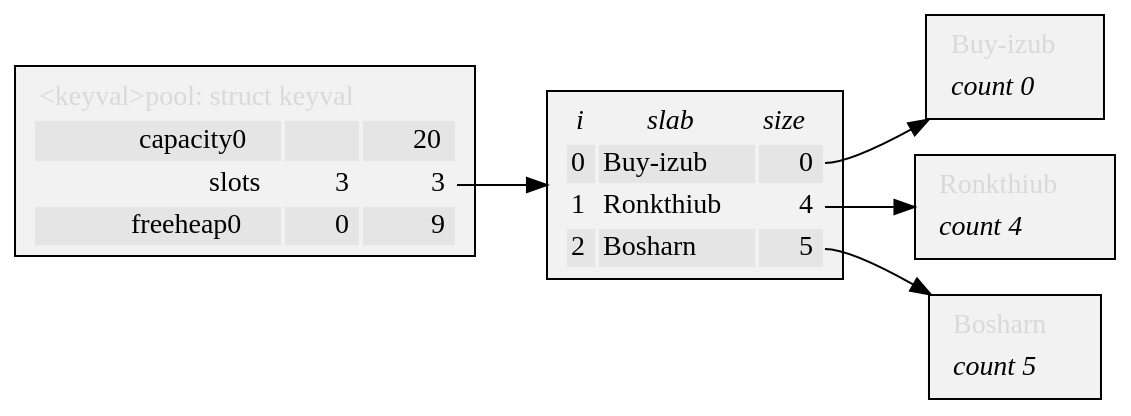
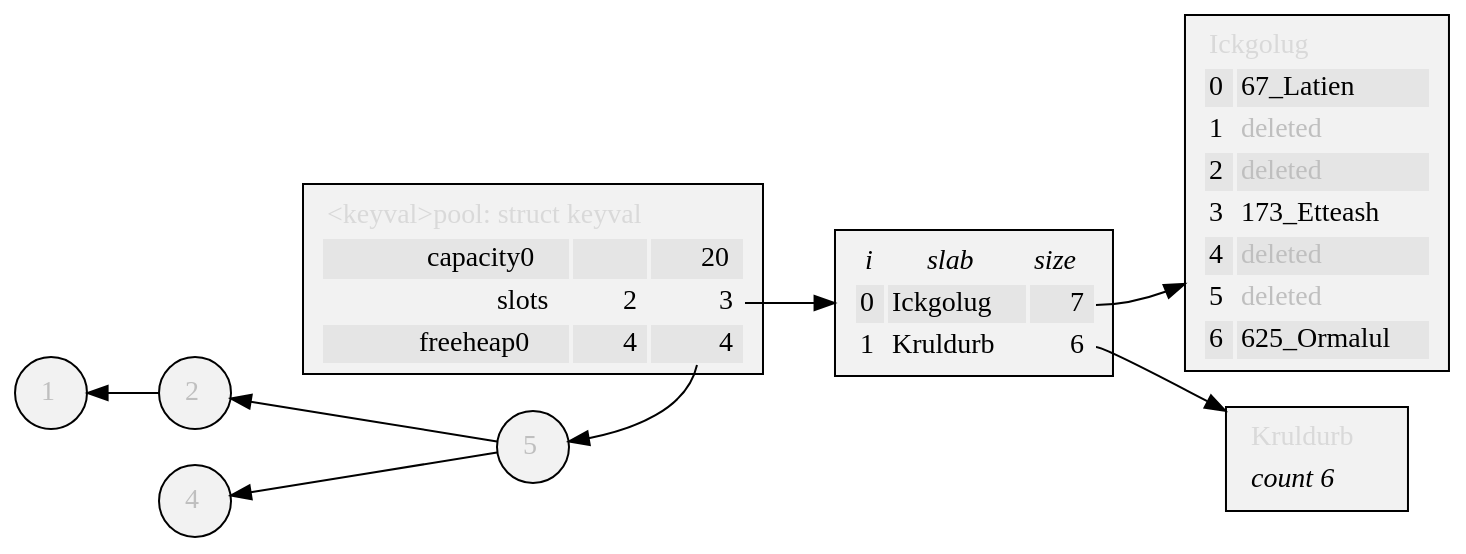
The diagram in doc/kvpool.gv (neil-edelman/boxes), drawn with Graphviz before and after one commit. The commit also changed 2 other files, not shown here.

Commit message:
Updated linked pool.

```diff
--- a/doc/kvpool.gv
+++ b/doc/kvpool.gv
@@ -1,66 +1,91 @@
 digraph {
 	graph [rankdir=LR, truecolor=true, bgcolor=transparent, fontface=modern];
 	node [shape=box, style=filled, fillcolor="Gray95"];
+	free0_0 [label=<<FONT COLOR="Gray75">5</FONT>>, shape=circle];
+	free0_1 [label=<<FONT COLOR="Gray75">2</FONT>>, shape=circle];
+	free0_1 -> free0_0 [dir=back];
+	free0_2 [label=<<FONT COLOR="Gray75">4</FONT>>, shape=circle];
+	free0_2 -> free0_0 [dir=back];
+	free0_3 [label=<<FONT COLOR="Gray75">1</FONT>>, shape=circle];
+	free0_3 -> free0_1 [dir=back];
+	{rank=same; pool; free0_0; }
+	pool:free -> free0_0;
 	pool [label=<
 <TABLE BORDER="0">
 	<TR><TD COLSPAN="3" ALIGN="LEFT"><FONT COLOR="Gray85">&lt;keyval&gt;pool: struct keyval</FONT></TD></TR>
 	<TR>
 		<TD BORDER="0" ALIGN="RIGHT" BGCOLOR="Gray90">capacity0</TD>
 		<TD BORDER="0" BGCOLOR="Gray90">&#8205;</TD>
 		<TD BORDER="0" ALIGN="RIGHT" BGCOLOR="Gray90">20</TD>
 	</TR>
 	<TR>
 		<TD BORDER="0" ALIGN="RIGHT">slots</TD>
-		<TD BORDER="0" ALIGN="RIGHT">3</TD>
+		<TD BORDER="0" ALIGN="RIGHT">2</TD>
 		<TD PORT="slots" BORDER="0" ALIGN="RIGHT">3</TD>
 	</TR>
 	<TR>
 		<TD BORDER="0" ALIGN="RIGHT" BGCOLOR="Gray90">freeheap0</TD>
-		<TD BORDER="0" ALIGN="RIGHT" BGCOLOR="Gray90">0</TD>
-		<TD PORT="free" BORDER="0" ALIGN="RIGHT" BGCOLOR="Gray90">9</TD>
+		<TD BORDER="0" ALIGN="RIGHT" BGCOLOR="Gray90">4</TD>
+		<TD PORT="free" BORDER="0" ALIGN="RIGHT" BGCOLOR="Gray90">4</TD>
 	</TR>
 </TABLE>>];
 	pool:slots -> slots;
 	slots [label = <
 <TABLE BORDER="0">
 	<TR>
 		<TD BORDER="0"><FONT FACE="Times-Italic">i</FONT></TD>
 		<TD BORDER="0"><FONT FACE="Times-Italic">slab</FONT></TD>
 		<TD BORDER="0"><FONT FACE="Times-Italic">size</FONT></TD>
 	</TR>
 	<TR>
 		<TD ALIGN="RIGHT" BGCOLOR="Gray90">0</TD>
-		<TD ALIGN="LEFT" BGCOLOR="Gray90">Buy-izub</TD>
-		<TD PORT="0" ALIGN="RIGHT" BGCOLOR="Gray90">0</TD>
+		<TD ALIGN="LEFT" BGCOLOR="Gray90">Ickgolug</TD>
+		<TD PORT="0" ALIGN="RIGHT" BGCOLOR="Gray90">7</TD>
 	</TR>
 	<TR>
 		<TD ALIGN="RIGHT">1</TD>
-		<TD ALIGN="LEFT">Ronkthiub</TD>
-		<TD PORT="1" ALIGN="RIGHT">4</TD>
-	</TR>
-	<TR>
-		<TD ALIGN="RIGHT" BGCOLOR="Gray90">2</TD>
-		<TD ALIGN="LEFT" BGCOLOR="Gray90">Bosharn</TD>
-		<TD PORT="2" ALIGN="RIGHT" BGCOLOR="Gray90">5</TD>
+		<TD ALIGN="LEFT">Kruldurb</TD>
+		<TD PORT="1" ALIGN="RIGHT">6</TD>
 	</TR>
 </TABLE>>];
 	slots:0 -> slab0;
 	slab0 [label=<
 <TABLE BORDER="0">
-	<TR><TD COLSPAN="2" ALIGN="LEFT"><FONT COLOR="Gray85">Buy-izub</FONT></TD></TR>
-	<TR><TD COLSPAN="2" ALIGN="LEFT"><FONT FACE="Times-Italic">count 0</FONT></TD></TR>
+	<TR><TD COLSPAN="2" ALIGN="LEFT"><FONT COLOR="Gray85">Ickgolug</FONT></TD></TR>
+	<TR>
+		<TD PORT="0" ALIGN="RIGHT" BGCOLOR="Gray90">0</TD>
+		<TD ALIGN="LEFT" BGCOLOR="Gray90">67_Latien</TD>
+	</TR>
+	<TR>
+		<TD PORT="1" ALIGN="RIGHT">1</TD>
+		<TD ALIGN="LEFT"><FONT COLOR="Gray75">deleted</FONT></TD>
+	</TR>
+	<TR>
+		<TD PORT="2" ALIGN="RIGHT" BGCOLOR="Gray90">2</TD>
+		<TD ALIGN="LEFT" BGCOLOR="Gray90"><FONT COLOR="Gray75">deleted</FONT></TD>
+	</TR>
+	<TR>
+		<TD PORT="3" ALIGN="RIGHT">3</TD>
+		<TD ALIGN="LEFT">173_Etteash</TD>
+	</TR>
+	<TR>
+		<TD PORT="4" ALIGN="RIGHT" BGCOLOR="Gray90">4</TD>
+		<TD ALIGN="LEFT" BGCOLOR="Gray90"><FONT COLOR="Gray75">deleted</FONT></TD>
+	</TR>
+	<TR>
+		<TD PORT="5" ALIGN="RIGHT">5</TD>
+		<TD ALIGN="LEFT"><FONT COLOR="Gray75">deleted</FONT></TD>
+	</TR>
+	<TR>
+		<TD PORT="6" ALIGN="RIGHT" BGCOLOR="Gray90">6</TD>
+		<TD ALIGN="LEFT" BGCOLOR="Gray90">625_Ormalul</TD>
+	</TR>
 </TABLE>>];
 	slots:1 -> slab1;
 	slab1 [label=<
 <TABLE BORDER="0">
-	<TR><TD COLSPAN="2" ALIGN="LEFT"><FONT COLOR="Gray85">Ronkthiub</FONT></TD></TR>
-	<TR><TD COLSPAN="2" ALIGN="LEFT"><FONT FACE="Times-Italic">count 4</FONT></TD></TR>
-</TABLE>>];
-	slots:2 -> slab2;
-	slab2 [label=<
-<TABLE BORDER="0">
-	<TR><TD COLSPAN="2" ALIGN="LEFT"><FONT COLOR="Gray85">Bosharn</FONT></TD></TR>
-	<TR><TD COLSPAN="2" ALIGN="LEFT"><FONT FACE="Times-Italic">count 5</FONT></TD></TR>
+	<TR><TD COLSPAN="2" ALIGN="LEFT"><FONT COLOR="Gray85">Kruldurb</FONT></TD></TR>
+	<TR><TD COLSPAN="2" ALIGN="LEFT"><FONT FACE="Times-Italic">count 6</FONT></TD></TR>
 </TABLE>>];
 	node [fillcolour=red];
 }
```
